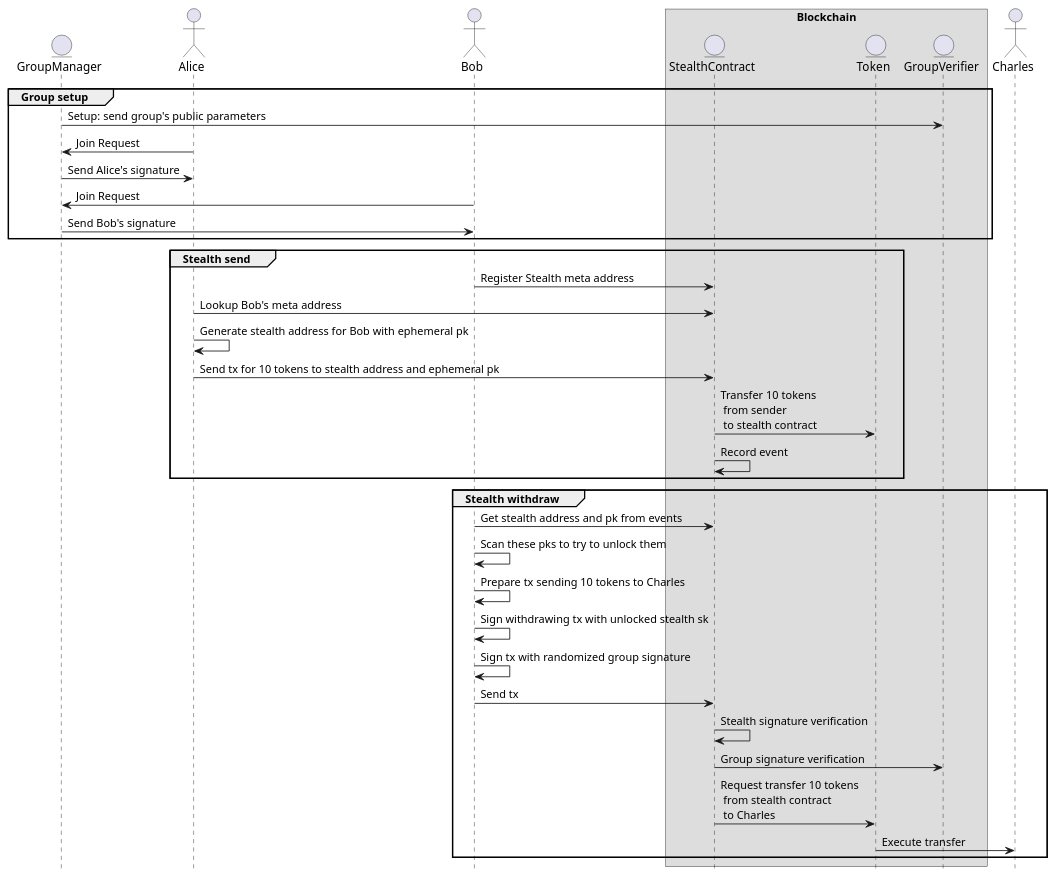
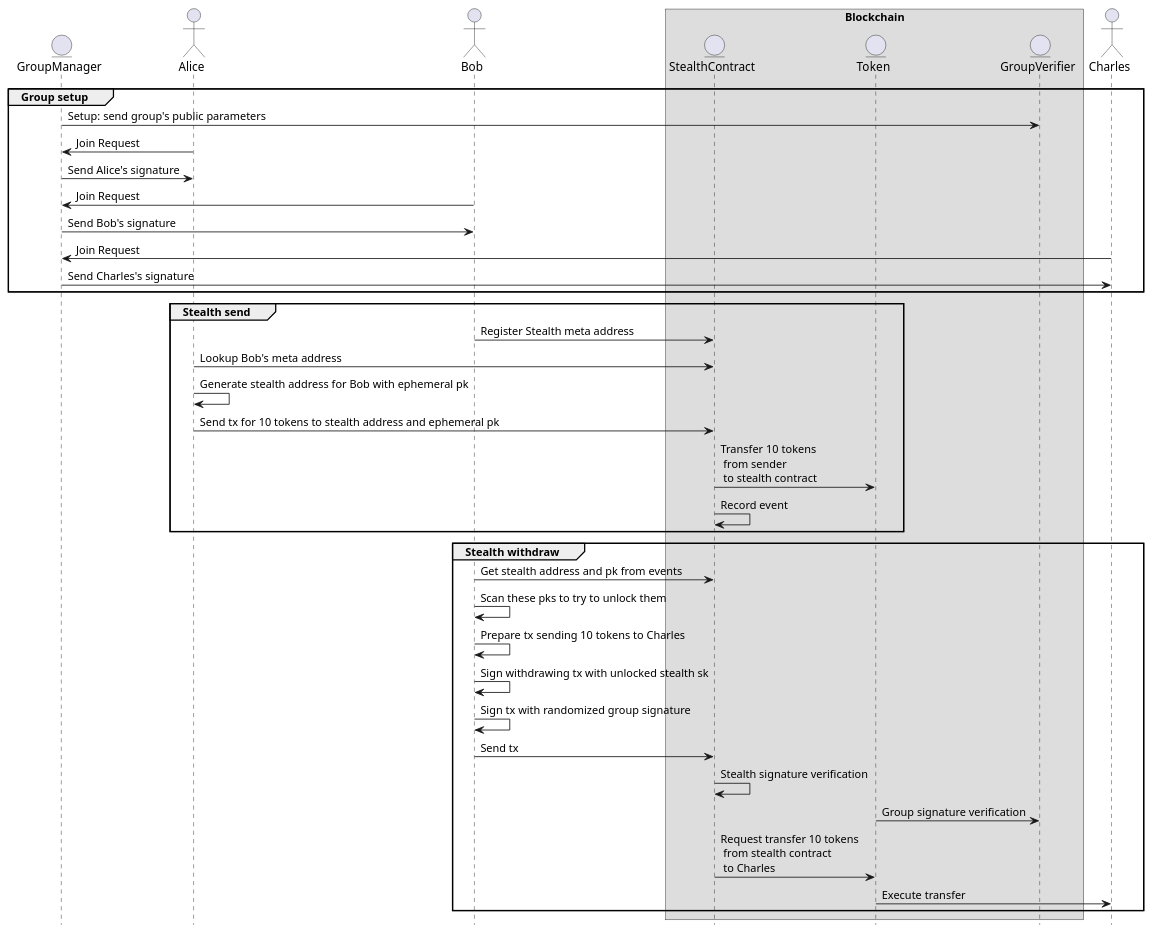
One commit to ggkkdev/group-sig-js changed the diagram in docs/stealthps.puml. Above: the diagram before and after it, drawn with PlantUML.

```diff
--- a/docs/stealthps.puml
+++ b/docs/stealthps.puml
@@ -1,39 +1,42 @@
 @startuml
 hide footbox
 entity GroupManager as GM
 actor Alice as A
 actor Bob as B
+
 box "Blockchain"
 entity       StealthContract       as SC
 entity       Token       as T
 entity       GroupVerifier       as V
 endbox
 actor       Charles       as C
 group Group setup
 GM -> V : Setup: send group's public parameters
 A -> GM: Join Request
 GM -> A: Send Alice's signature
 B -> GM: Join Request
 GM -> B: Send Bob's signature
+C -> GM: Join Request
+GM -> C: Send Charles's signature
 end
 group Stealth send
 B->SC: Register Stealth meta address
 A->SC: Lookup Bob's meta address
 A->A: Generate stealth address for Bob with ephemeral pk
 A->SC: Send tx for 10 tokens to stealth address and ephemeral pk
 SC->T: Transfer 10 tokens \n from sender \n to stealth contract
 SC->SC: Record event
 end
 group Stealth withdraw
 B->SC: Get stealth address and pk from events
 B-> B: Scan these pks to try to unlock them
 B->B: Prepare tx sending 10 tokens to Charles
 B->B: Sign withdrawing tx with unlocked stealth sk
 B->B: Sign tx with randomized group signature
 B->SC: Send tx
 SC->SC: Stealth signature verification
-SC-> V: Group signature verification
+T-> V: Group signature verification
 SC->T: Request transfer 10 tokens \n from stealth contract \n to Charles
 T-> C: Execute transfer
 end
 @enduml
```
